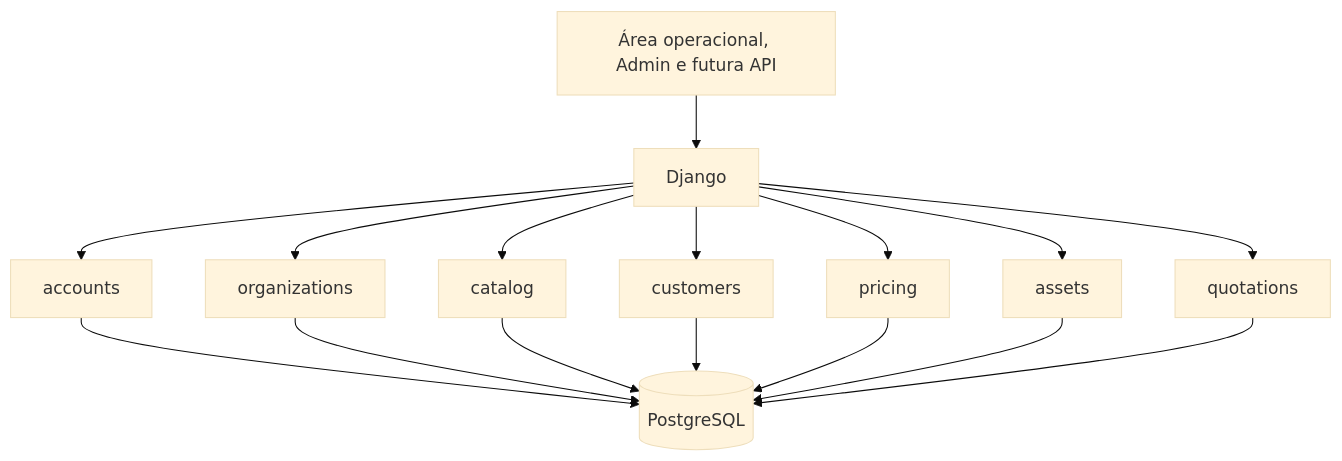
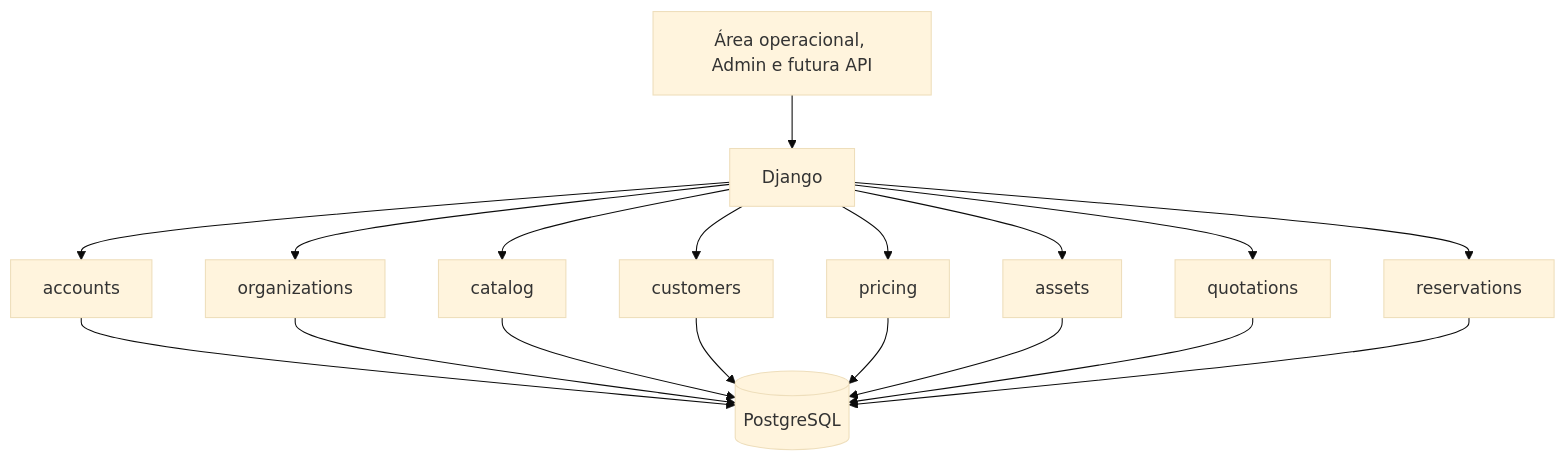
The diagram in docs/architecture.md (ViniciusSilva97/rental-platform), drawn with Mermaid (base theme) before and after one commit. The commit also changed other lines of this file and 30 other files, not shown here.

````diff
--- a/docs/architecture.md
+++ b/docs/architecture.md
@@ -10,18 +10,20 @@
 ```mermaid
 flowchart TD
     UI["Área operacional, Admin e futura API"] --> APP["Django"]
     APP --> ACC["accounts"]
     APP --> ORG["organizations"]
     APP --> CAT["catalog"]
     APP --> CUS["customers"]
     APP --> PRI["pricing"]
     APP --> AST["assets"]
     APP --> QUO["quotations"]
+    APP --> RES["reservations"]
     ACC --> DB[("PostgreSQL")]
     ORG --> DB
     CAT --> DB
     CUS --> DB
     PRI --> DB
     AST --> DB
     QUO --> DB
+    RES --> DB
 ```
````
